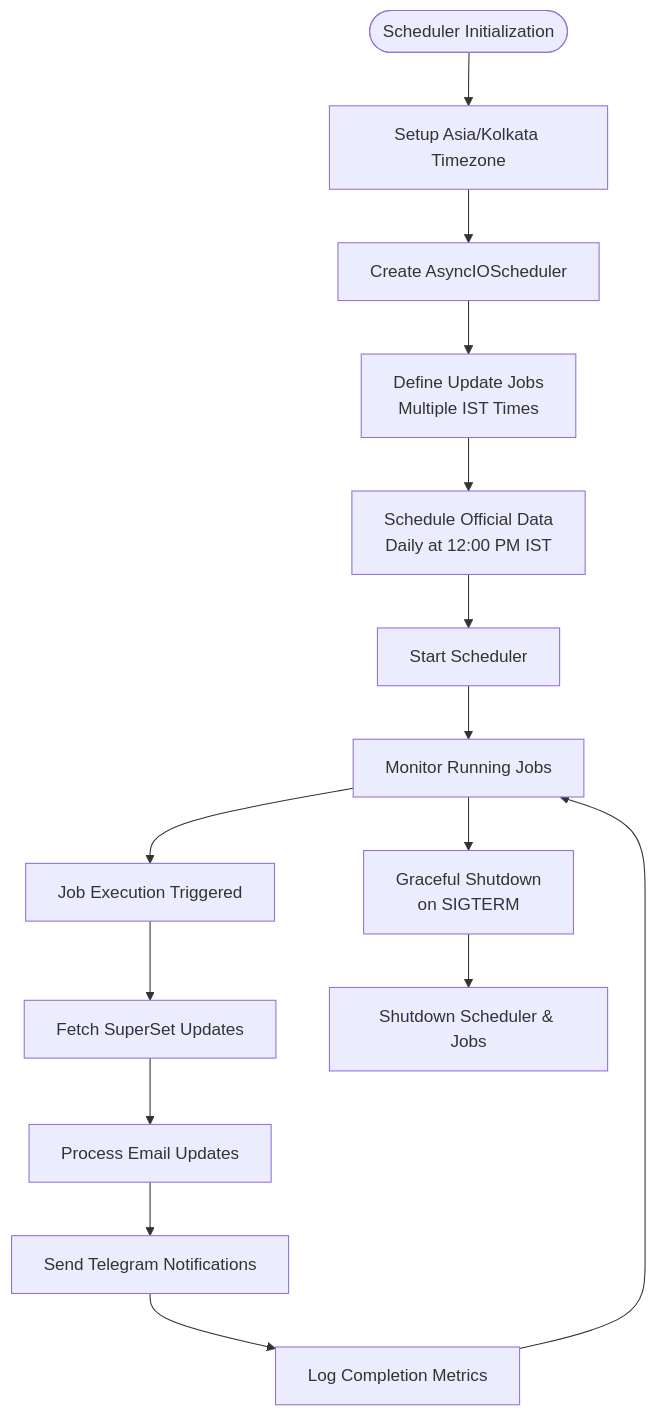
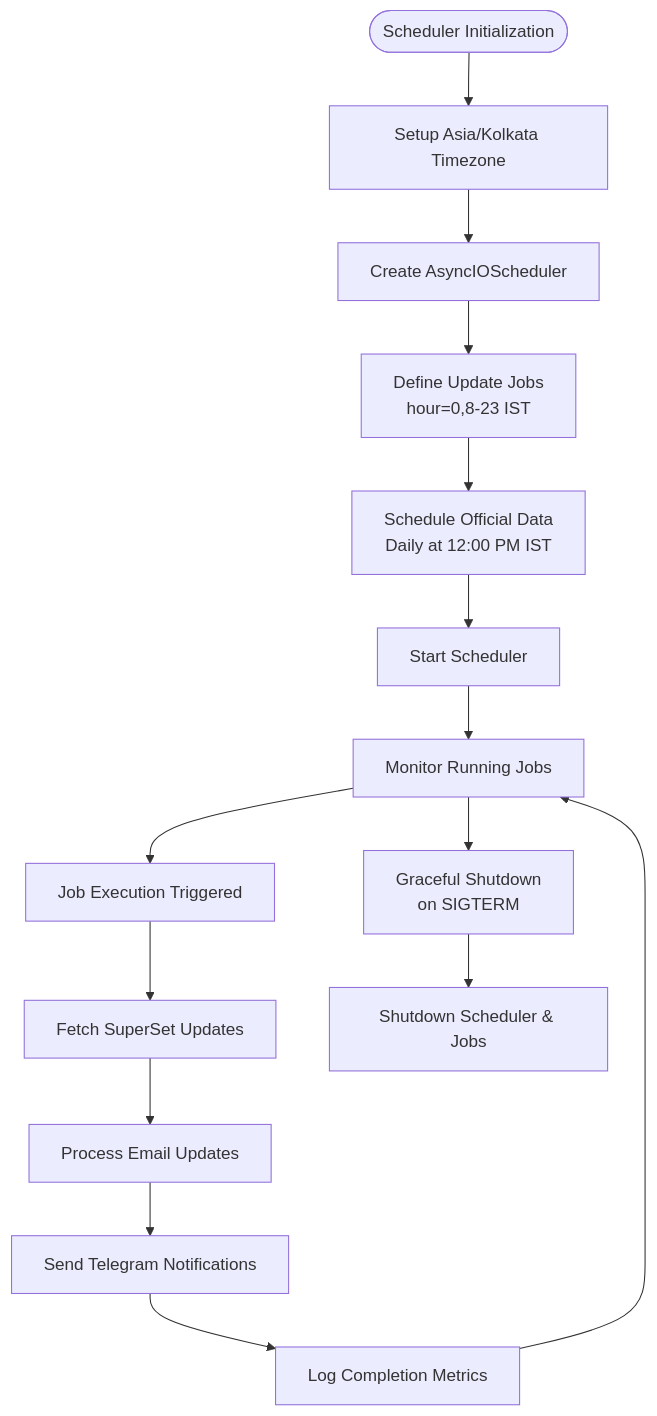
The fifth of 7 diagrams in src/data/docs/jiit-placement-alerts/Architecture & Design/Deployment Architecture.md (tashifkhan/tashif.codes), drawn with Mermaid before and after one commit. The commit also changed other lines of this file and 2128 other files, not shown here.

First line of the commit message:
docs: replace raster diagram images with native Mermaid across project guides

````diff
--- a/src/data/docs/jiit-placement-alerts/Architecture & Design/Deployment Architecture.md
+++ b/src/data/docs/jiit-placement-alerts/Architecture & Design/Deployment Architecture.md
@@ -156,17 +151,17 @@
 ```mermaid
 flowchart TD
 Init(["Scheduler Initialization"]) --> SetupTZ["Setup Asia/Kolkata Timezone"]
 SetupTZ --> CreateScheduler["Create AsyncIOScheduler"]
-CreateScheduler --> DefineJobs["Define Update Jobs<br/>Multiple IST Times"]
+CreateScheduler --> DefineJobs["Define Update Jobs<br/>hour=0,8-23 IST"]
 DefineJobs --> ScheduleOfficial["Schedule Official Data<br/>Daily at 12:00 PM IST"]
 ScheduleOfficial --> StartScheduler["Start Scheduler"]
 StartScheduler --> Monitor["Monitor Running Jobs"]
 Monitor --> TriggerJob["Job Execution Triggered"]
 TriggerJob --> FetchUpdates["Fetch SuperSet Updates"]
 FetchUpdates --> ProcessEmails["Process Email Updates"]
 ProcessEmails --> SendNotifications["Send Telegram Notifications"]
 SendNotifications --> LogResult["Log Completion Metrics"]
 LogResult --> Monitor
 Monitor --> GracefulShutdown["Graceful Shutdown<br/>on SIGTERM"]
 GracefulShutdown --> Cleanup["Shutdown Scheduler & Jobs"]
 ```
````
